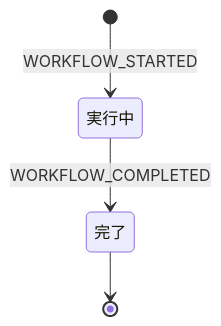
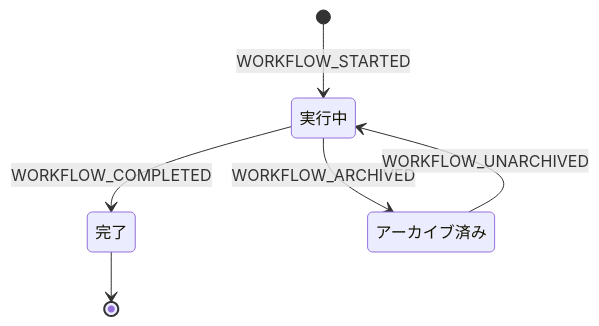
One commit to otomatty/aidlc-guide changed the first of 3 diagrams in docs/reference/ja/12-state-machine.md. Above: the diagram before and after it, drawn with Mermaid. The commit also changed other lines of this file and 450 other files, not shown here.

````diff
--- a/docs/reference/ja/12-state-machine.md
+++ b/docs/reference/ja/12-state-machine.md
@@ -54,6 +54,8 @@
 ```mermaid
 stateDiagram-v2
     [*] --> 実行中 : WORKFLOW_STARTED
     実行中 --> 完了 : WORKFLOW_COMPLETED
+    実行中 --> アーカイブ済み : WORKFLOW_ARCHIVED
+    アーカイブ済み --> 実行中 : WORKFLOW_UNARCHIVED
     完了 --> [*]
 ```
````
